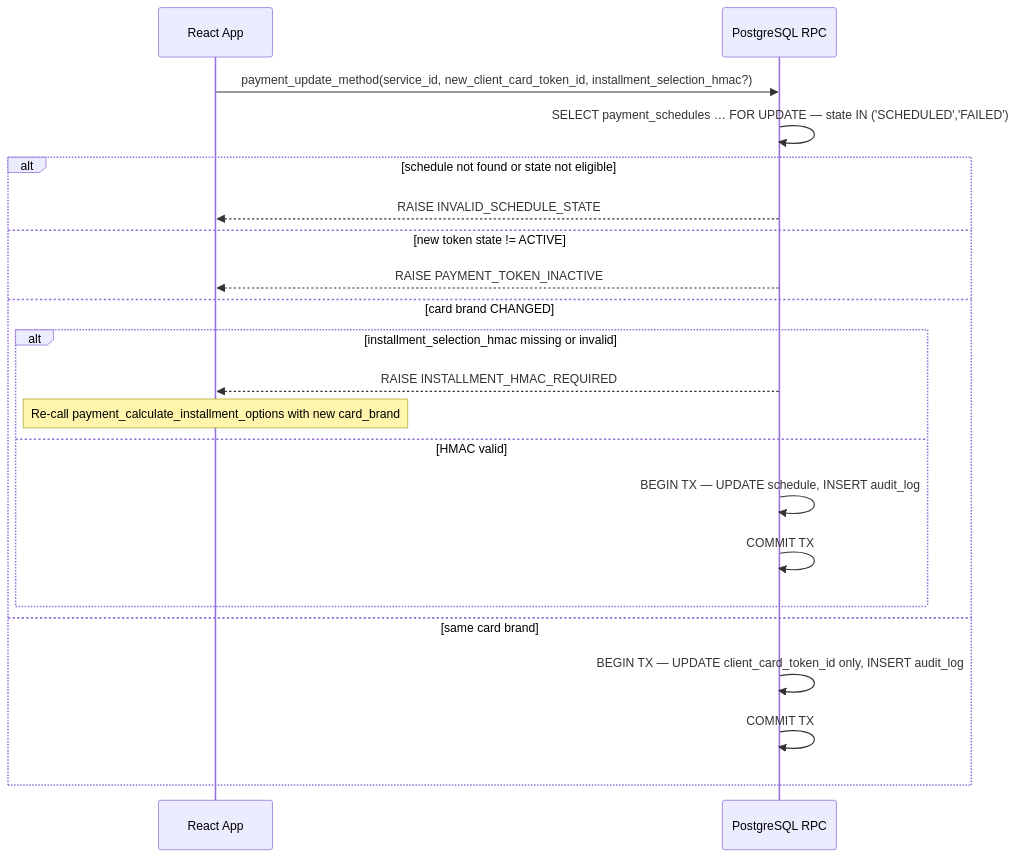
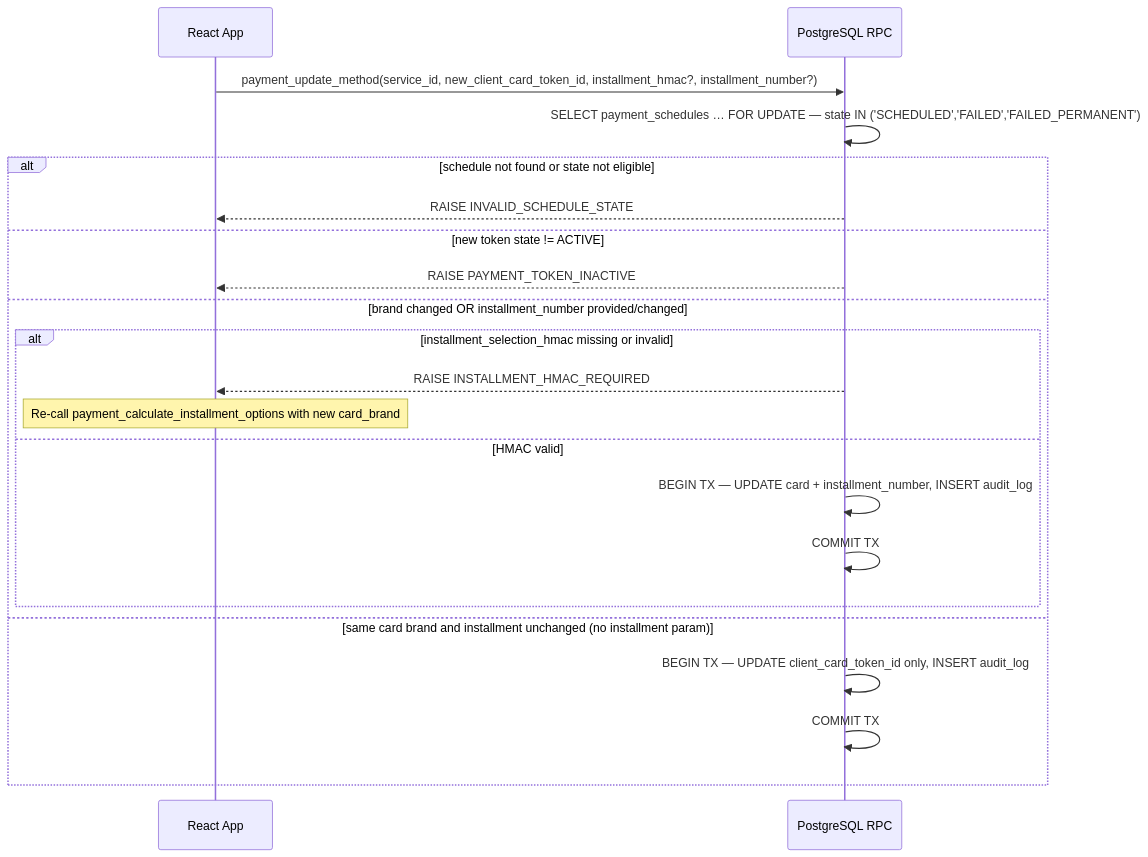
Before and after one commit to higorpo/renovi-orbit-test: diagram 11 of 18 in docs/payment-system/design.md, drawn with Mermaid. The commit also changed other lines of this file and 46 other files, not shown here.

First line of the commit message:
Refactor manual payment components and enhance recovery flow

````diff
--- a/docs/payment-system/design.md
+++ b/docs/payment-system/design.md
@@ -1233,24 +1233,24 @@
 ```mermaid
 sequenceDiagram
     participant UI as React App
     participant PG as PostgreSQL RPC
 
-    UI->>PG: payment_update_method(service_id, new_client_card_token_id, installment_selection_hmac?)
-    PG->>PG: SELECT payment_schedules … FOR UPDATE — state IN ('SCHEDULED','FAILED')
+    UI->>PG: payment_update_method(service_id, new_client_card_token_id, installment_hmac?, installment_number?)
+    PG->>PG: SELECT payment_schedules … FOR UPDATE — state IN ('SCHEDULED','FAILED','FAILED_PERMANENT')
     alt schedule not found or state not eligible
         PG-->>UI: RAISE INVALID_SCHEDULE_STATE
     else new token state != ACTIVE
         PG-->>UI: RAISE PAYMENT_TOKEN_INACTIVE
-    else card brand CHANGED
+    else brand changed OR installment_number provided/changed
         alt installment_selection_hmac missing or invalid
             PG-->>UI: RAISE INSTALLMENT_HMAC_REQUIRED
             Note over UI: Re-call payment_calculate_installment_options with new card_brand
         else HMAC valid
-            PG->>PG: BEGIN TX — UPDATE schedule, INSERT audit_log
+            PG->>PG: BEGIN TX — UPDATE card + installment_number, INSERT audit_log
             PG->>PG: COMMIT TX
         end
-    else same card brand
+    else same card brand and installment unchanged (no installment param)
         PG->>PG: BEGIN TX — UPDATE client_card_token_id only, INSERT audit_log
         PG->>PG: COMMIT TX
     end
 ```
````
